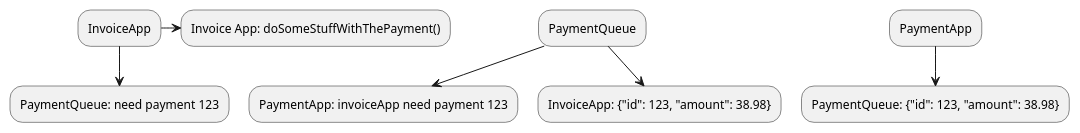
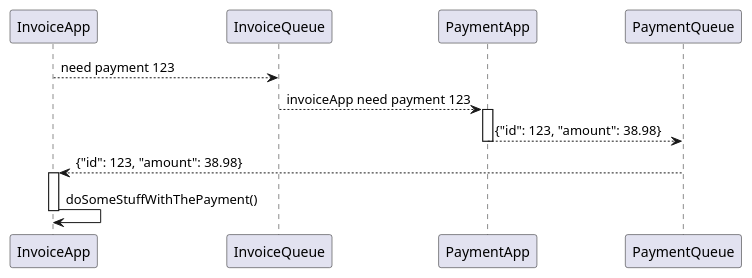
Before and after one commit to t4w4n3/articles-again: the second of 4 diagrams in devfest-2021-Resiliency_and_Availability_Design_Patterns_Cloud.md, drawn with PlantUML. The commit also changed other lines of this file and 2 other files, not shown here.

````diff
--- a/devfest-2021-Resiliency_and_Availability_Design_Patterns_Cloud.md
+++ b/devfest-2021-Resiliency_and_Availability_Design_Patterns_Cloud.md
@@ -55,9 +77,13 @@
 ```puml
 @startuml
-InvoiceApp --> PaymentQueue: need payment 123
-PaymentQueue --> PaymentApp: invoiceApp need payment 123
+InvoiceApp --> InvoiceQueue: need payment 123
+PaymentApp <-- InvoiceQueue: invoiceApp need payment 123
+activate PaymentApp
 PaymentApp --> PaymentQueue: {"id": 123, "amount": 38.98}
+deactivate PaymentApp
 PaymentQueue --> InvoiceApp: {"id": 123, "amount": 38.98}
-InvoiceApp -> Invoice App: doSomeStuffWithThePayment()
+activate InvoiceApp
+InvoiceApp -> InvoiceApp: doSomeStuffWithThePayment()
+deactivate InvoiceApp
 @enduml
 ```
````
